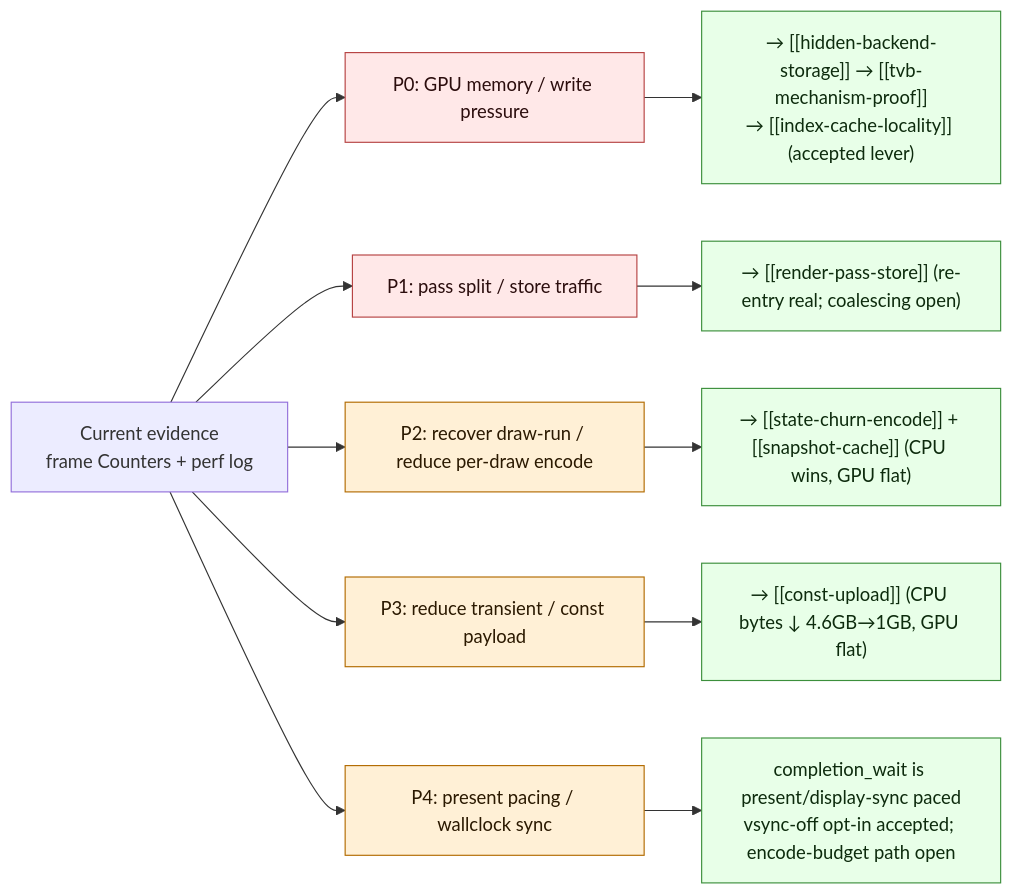
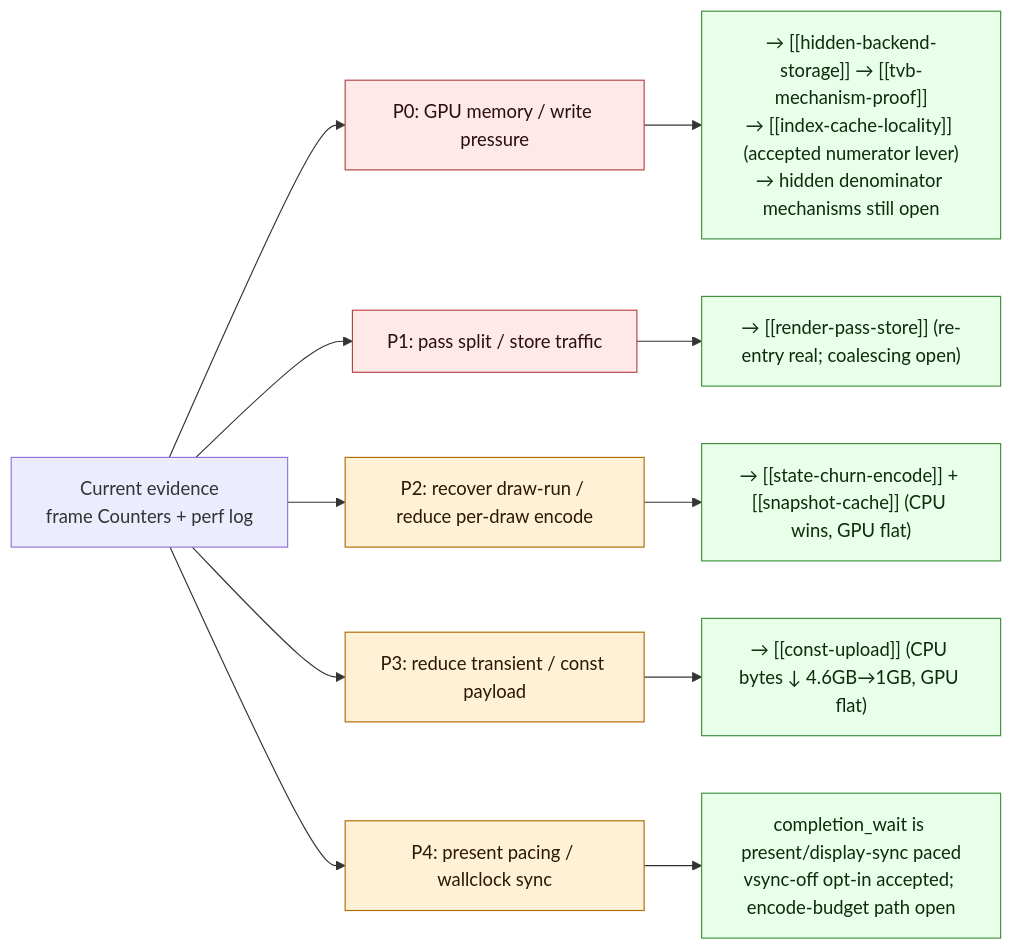
One commit to dfdgsdfg/dxmt9 changed the second of 3 diagrams in docs/perfomance/overview-3dmark05-gt1.md. Above: the diagram before and after it, drawn with Mermaid. The commit also changed other lines of this file, not shown here.

Commit message:
Document GT1 backend storage limits

````diff
--- a/docs/perfomance/overview-3dmark05-gt1.md
+++ b/docs/perfomance/overview-3dmark05-gt1.md
@@ -108,21 +127,21 @@
 ```mermaid
 flowchart LR
   Start["Current evidence\nframe Counters + perf log"] --> P0["P0: GPU memory / write pressure"]
   Start --> P1["P1: pass split / store traffic"]
   Start --> P2["P2: recover draw-run / reduce per-draw encode"]
   Start --> P3["P3: reduce transient / const payload"]
   Start --> P4["P4: present pacing / wallclock sync"]
 
-  P0 --> P0r["→ [[hidden-backend-storage]] → [[tvb-mechanism-proof]]\n→ [[index-cache-locality]] (accepted lever)"]
+  P0 --> P0r["→ [[hidden-backend-storage]] → [[tvb-mechanism-proof]]\n→ [[index-cache-locality]] (accepted numerator lever)\n→ hidden denominator mechanisms still open"]
   P1 --> P1r["→ [[render-pass-store]] (re-entry real; coalescing open)"]
   P2 --> P2r["→ [[state-churn-encode]] + [[snapshot-cache]] (CPU wins, GPU flat)"]
   P3 --> P3r["→ [[const-upload]] (CPU bytes ↓ 4.6GB→1GB, GPU flat)"]
   P4 --> P4r["completion_wait is present/display-sync paced\nvsync-off opt-in accepted; encode-budget path open"]
 
   classDef p0 fill:#ffe8e8,stroke:#b64242,color:#2b0d0d
   classDef p1 fill:#fff0d6,stroke:#b26b00,color:#2b1900
   classDef act fill:#e8ffe8,stroke:#3c8f3c,color:#0d2b0d
   class P0,P1 p0
   class P2,P3,P4 p1
   class P0r,P1r,P2r,P3r,P4r act
 ```
````
